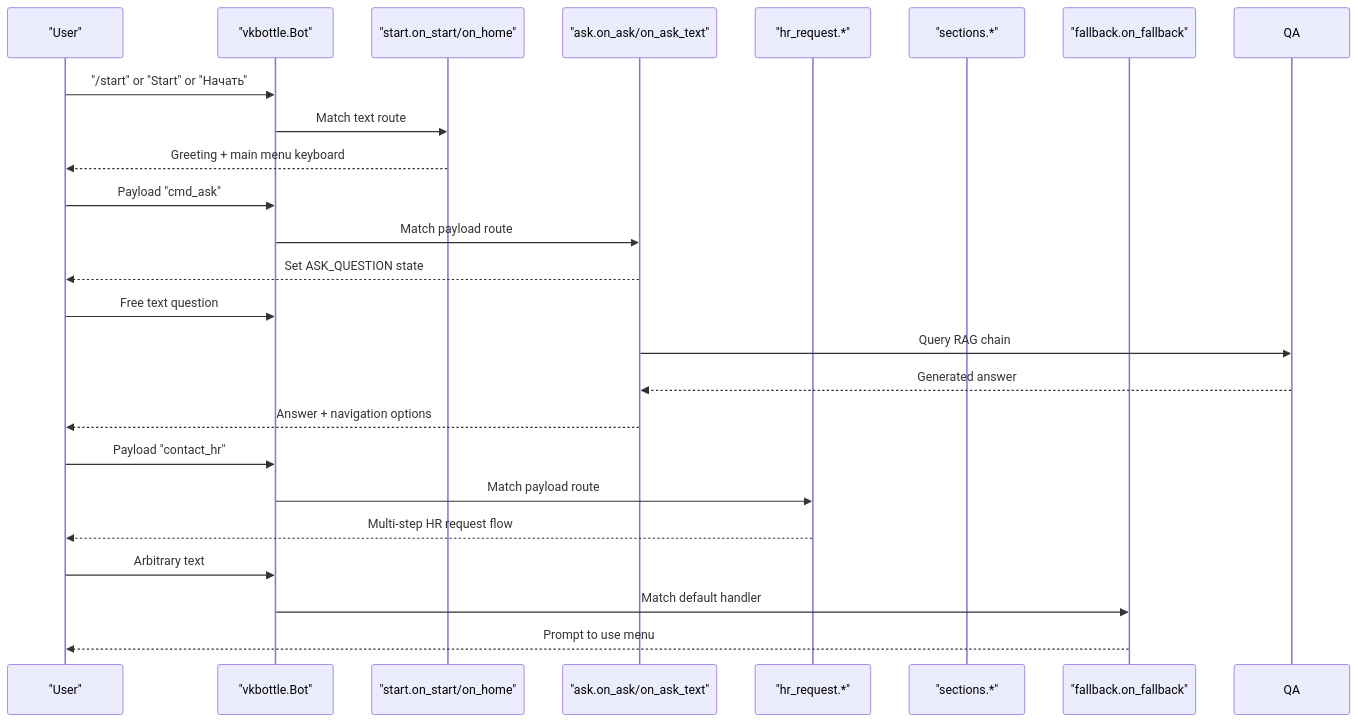
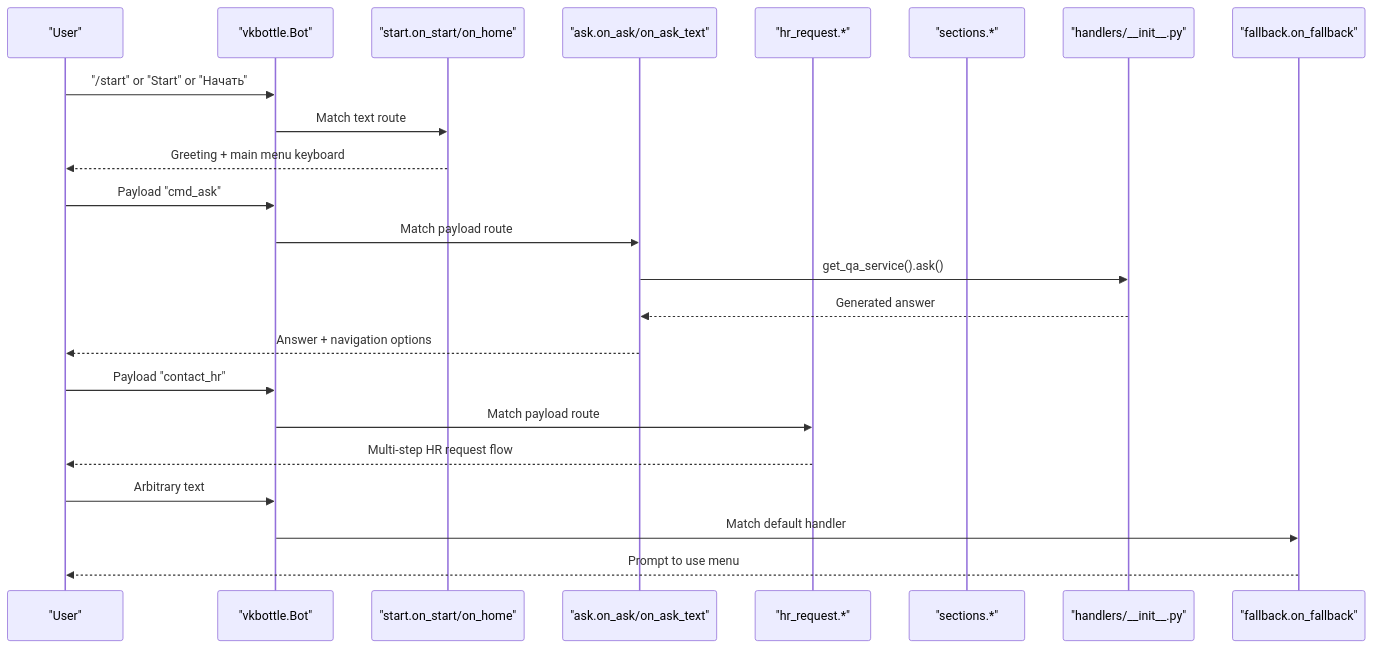
One commit to ognelis/cafetera_hr_bot changed the seventh of 11 diagrams in .qoder/repowiki/en/content/VK Integration/VK Integration.md. Above: the diagram before and after it, drawn with Mermaid. The commit also changed other lines of this file and 29 other files, not shown here.

````diff
--- a/.qoder/repowiki/en/content/VK Integration/VK Integration.md
+++ b/.qoder/repowiki/en/content/VK Integration/VK Integration.md
@@ -304,26 +369,25 @@
 ```mermaid
 sequenceDiagram
 participant User as "User"
 participant Bot as "vkbottle.Bot"
 participant Start as "start.on_start/on_home"
 participant Ask as "ask.on_ask/on_ask_text"
 participant HR as "hr_request.*"
 participant Sections as "sections.*"
+participant Utils as "handlers/__init__.py"
 participant Fallback as "fallback.on_fallback"
 User->>Bot : "/start" or "Start" or "Начать"
 Bot->>Start : Match text route
 Start-->>User : Greeting + main menu keyboard
 User->>Bot : Payload "cmd_ask"
 Bot->>Ask : Match payload route
-Ask-->>User : Set ASK_QUESTION state
-User->>Bot : Free text question
-Ask->>QA : Query RAG chain
-QA-->>Ask : Generated answer
+Ask->>Utils : get_qa_service().ask()
+Utils-->>Ask : Generated answer
 Ask-->>User : Answer + navigation options
 User->>Bot : Payload "contact_hr"
 Bot->>HR : Match payload route
 HR-->>User : Multi-step HR request flow
 User->>Bot : Arbitrary text
 Bot->>Fallback : Match default handler
 Fallback-->>User : Prompt to use menu
 ```
````
